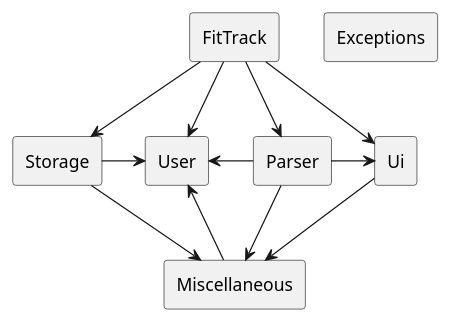
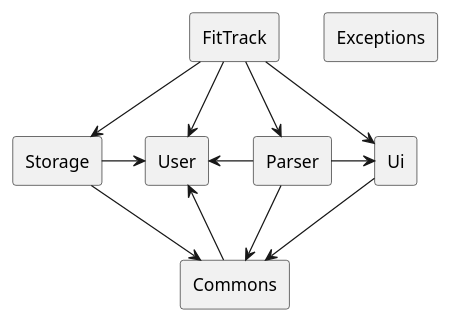
The diagram in docs/Diagrams/Archi_Architecture.puml (nus-cs2113-AY2425S1/tp), drawn with PlantUML before and after one commit. The commit also changed 5 other files, not shown here.

```diff
--- a/docs/Diagrams/Archi_Architecture.puml
+++ b/docs/Diagrams/Archi_Architecture.puml
@@ -1,43 +1,43 @@
 @startuml
 hide circle
 skinparam classAttributeIconSize 0
 skinparam classBackgroundColor White
 skinparam classBorderColor Black
 
 rectangle User {
 }
 
 rectangle Exceptions {
 }
 
 rectangle Storage {
 }
 
 rectangle FitTrack {
 }
 
 rectangle Parser {
 }
 
 rectangle Ui {
 }
 
-rectangle Miscellaneous {
+rectangle Commons {
 }
 
 FitTrack  -->  Parser
 FitTrack  -->  Ui
 FitTrack  -->  Storage
 FitTrack  -->  User
 
-Parser  -->  Miscellaneous
+Parser  -->  Commons
 Parser  -left->  User
 Parser  -right->  Ui
 
-Ui  -->  Miscellaneous
+Ui  -->  Commons
 
-Storage  -->  Miscellaneous
+Storage  -->  Commons
 Storage -> User
-Miscellaneous  -->  User
+Commons  -->  User
 
 @enduml
```
